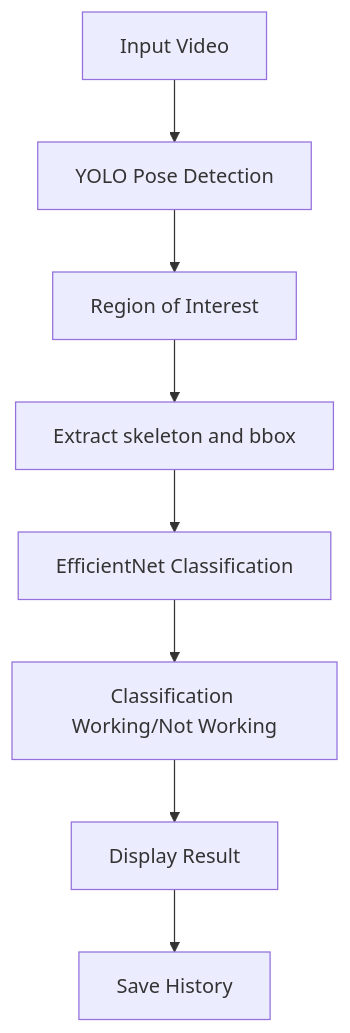
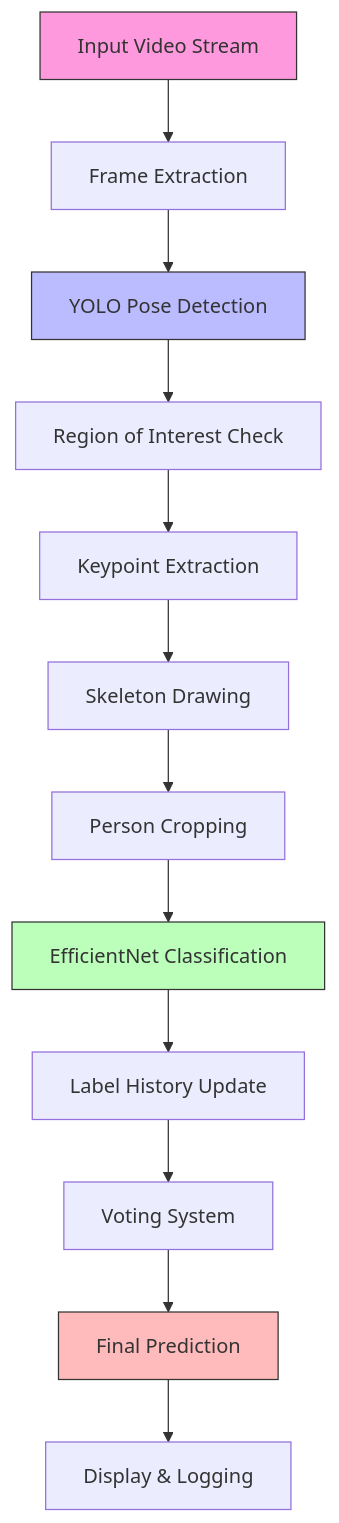
The diagram in Readme.md (BaoHan1712/Hybrid-Pose-Bahavior-Detection-System), drawn with Mermaid before and after one commit. The commit also changed other lines of this file, not shown here.

````diff
--- a/Readme.md
+++ b/Readme.md
@@ -8,10 +8,18 @@
 ```mermaid
-flowchart TD
-A[Input Video] --> B[YOLO Pose Detection]
-B --> C[Region of Interest]
-C --> D[Extract skeleton and bbox]
-D --> E[EfficientNet Classification]
-E --> F[Classification Working/Not Working]
-F --> G[Display Result]
-G --> H[Save History]
+graph TD
+A[Input Video Stream] --> B[Frame Extraction]
+B --> C[YOLO Pose Detection]
+C --> D[Region of Interest Check]
+D --> E[Keypoint Extraction]
+E --> F[Skeleton Drawing]
+F --> G[Person Cropping]
+G --> H[EfficientNet Classification]
+H --> I[Label History Update]
+I --> J[Voting System]
+J --> K[Final Prediction]
+K --> L[Display & Logging]
+style A fill:#f9d,stroke:#333
+style C fill:#bbf,stroke:#333
+style H fill:#bfb,stroke:#333
+style K fill:#fbb,stroke:#333
 ```
````
